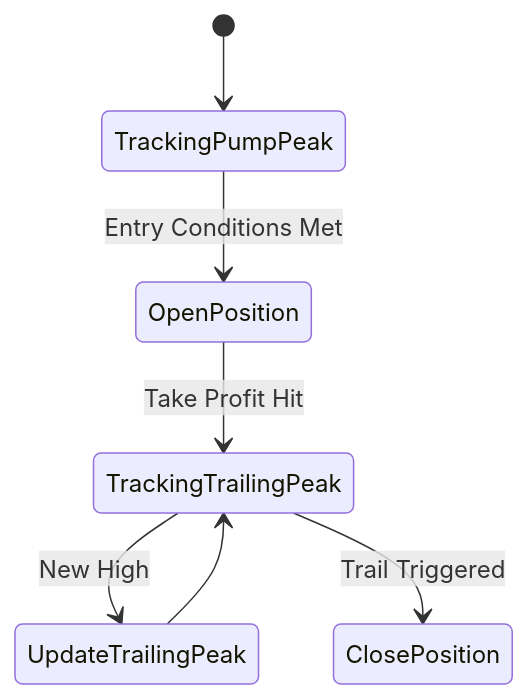
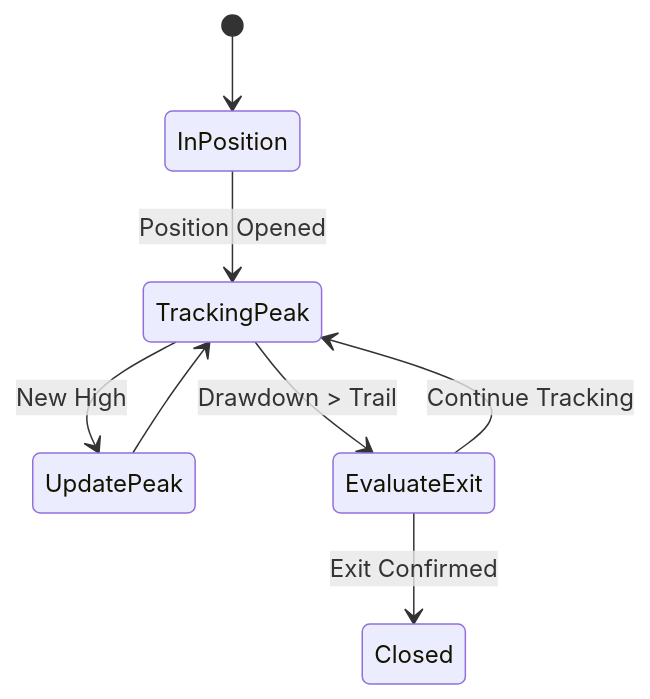
Before and after one commit to proofoftom/money-printer: the fifth of 9 diagrams in docs/diagrams/TradingScenarios.md, drawn with Mermaid. The commit also changed other lines of this file and 10 other files, not shown here.

````diff
--- a/docs/diagrams/TradingScenarios.md
+++ b/docs/diagrams/TradingScenarios.md
@@ -62,9 +73,10 @@
 ```mermaid
 stateDiagram-v2
-    [*] --> TrackingPumpPeak
-    TrackingPumpPeak --> OpenPosition: Entry Conditions Met
-    OpenPosition --> TrackingTrailingPeak: Take Profit Hit
-    TrackingTrailingPeak --> UpdateTrailingPeak: New High
-    UpdateTrailingPeak --> TrackingTrailingPeak
-    TrackingTrailingPeak --> ClosePosition: Trail Triggered
+    [*] --> InPosition
+    InPosition --> TrackingPeak: Position Opened
+    TrackingPeak --> UpdatePeak: New High
+    UpdatePeak --> TrackingPeak
+    TrackingPeak --> EvaluateExit: Drawdown > Trail
+    EvaluateExit --> Closed: Exit Confirmed
+    EvaluateExit --> TrackingPeak: Continue Tracking
 ```
````
